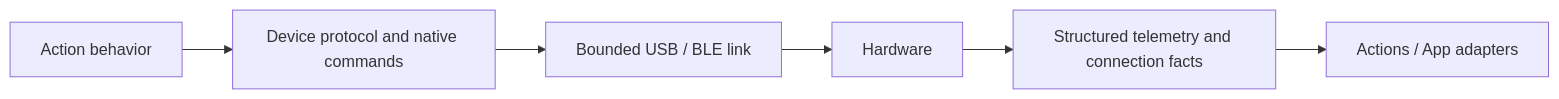
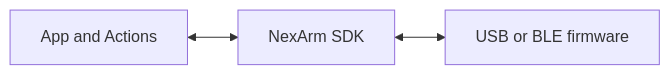
Before and after one commit to devilyouwei/MobileHarness: the diagram in MobileHarness/PlatformKit/Connectivity/README.md, drawn with Mermaid. The commit also changed other lines of this file and 116 other files, not shown here.

````diff
--- a/MobileHarness/PlatformKit/Connectivity/README.md
+++ b/MobileHarness/PlatformKit/Connectivity/README.md
@@ -9,8 +15,5 @@
 ```mermaid
 flowchart LR
-    Actions[Action behavior] --> Protocol[Device protocol and native commands]
-    Protocol --> Link[Bounded USB / BLE link]
-    Link --> Device[Hardware]
-    Device --> Feedback[Structured telemetry and connection facts]
-    Feedback --> Consumer[Actions / App adapters]
+ Callers[App and Actions] <--> NexArm[NexArm SDK]
+ NexArm <--> Device[USB or BLE firmware]
 ```
````
